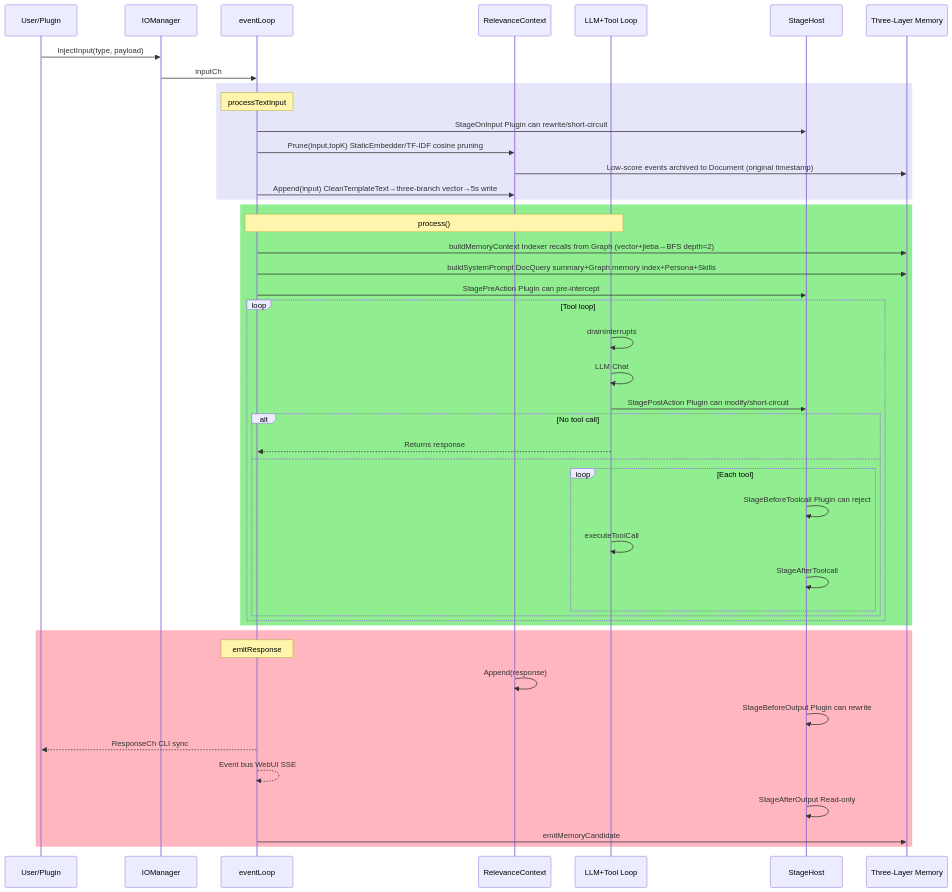
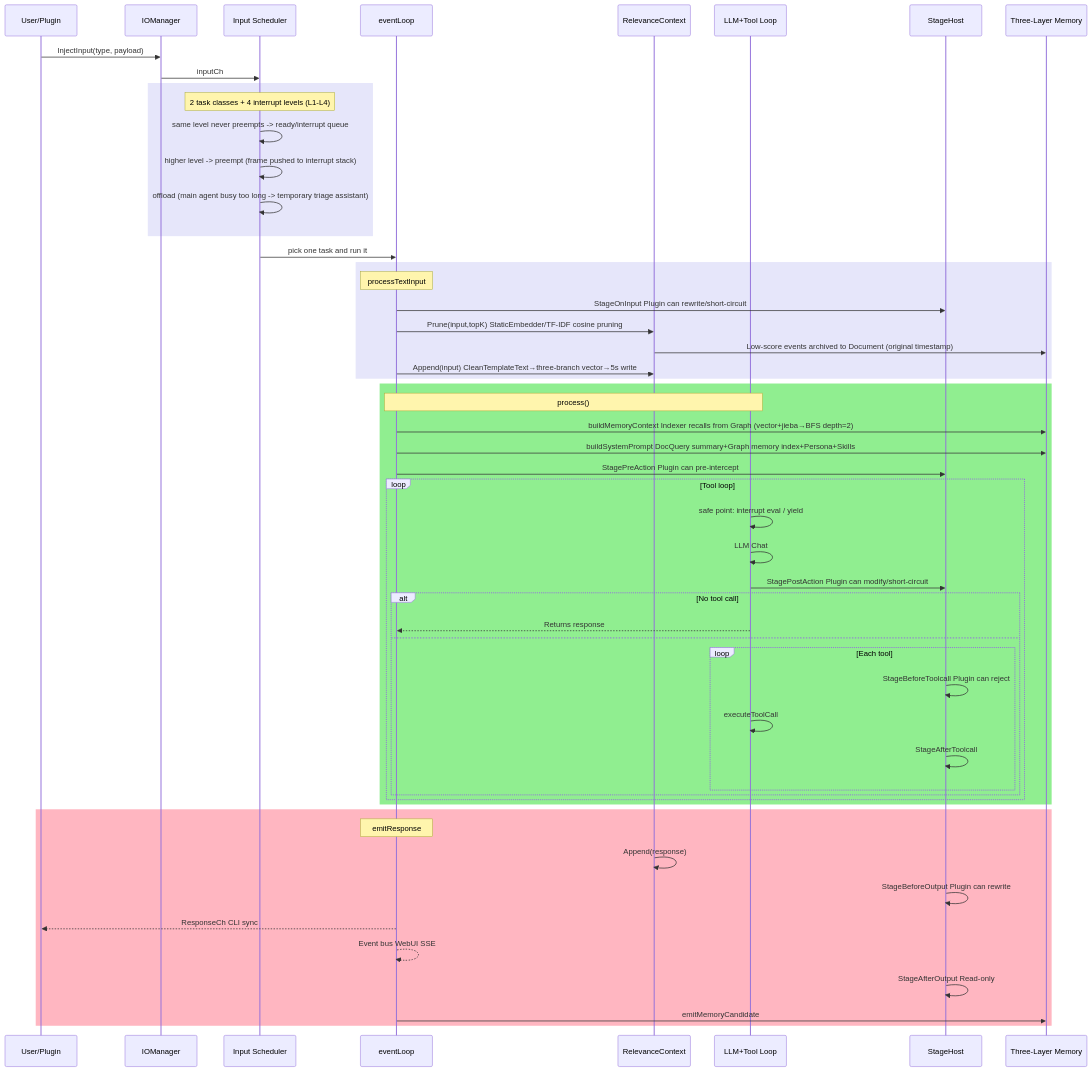
Before and after one commit to JianFeeeee/HomeAgent: the first of 3 diagrams in README_EN.md, drawn with Mermaid. The commit also changed other lines of this file and 1 other file, not shown here.

````diff
--- a/README_EN.md
+++ b/README_EN.md
@@ -39,49 +52,57 @@
 ```mermaid
 sequenceDiagram
     participant U as User/Plugin
     participant IO as IOManager
+    participant SCH as Input Scheduler
     participant EV as eventLoop
     participant CTX as RelevanceContext
     participant LLM as LLM+Tool Loop
     participant ST as StageHost
     participant MEM as Three-Layer Memory
 
     U->>IO: InjectInput(type, payload)
-    IO->>EV: inputCh
+    IO->>SCH: inputCh
+    rect lavender
+        Note over SCH: 2 task classes + 4 interrupt levels (L1-L4)
+        SCH->>SCH: same level never preempts -> ready/interrupt queue
+        SCH->>SCH: higher level -> preempt (frame pushed to interrupt stack)
+        SCH->>SCH: offload (main agent busy too long -> temporary triage assistant)
+    end
+    SCH->>EV: pick one task and run it
     rect lavender
         Note over EV: processTextInput
         EV->>ST: StageOnInput  Plugin can rewrite/short-circuit
         EV->>CTX: Prune(input,topK)  StaticEmbedder/TF-IDF cosine pruning
         CTX->>MEM: Low-score events archived to Document (original timestamp)
         EV->>CTX: Append(input)  CleanTemplateText→three-branch vector→5s write
     end
     rect lightgreen
         Note over EV,LLM: process()
         EV->>MEM: buildMemoryContext  Indexer recalls from Graph (vector+jieba→BFS depth=2)
         EV->>MEM: buildSystemPrompt  DocQuery summary+Graph memory index+Persona+Skills
         EV->>ST: StagePreAction  Plugin can pre-intercept
         loop Tool loop
-            LLM->>LLM: drainInterrupts
+            LLM->>LLM: safe point: interrupt eval / yield
             LLM->>LLM: LLM Chat
             LLM->>ST: StagePostAction  Plugin can modify/short-circuit
             alt No tool call
                 LLM-->>EV: Returns response
             else
                 loop Each tool
                     ST->>ST: StageBeforeToolcall  Plugin can reject
                     LLM->>LLM: executeToolCall
                     ST->>ST: StageAfterToolcall
                 end
             end
         end
     end
     rect lightpink
         Note over EV: emitResponse
         CTX->>CTX: Append(response)
         ST->>ST: StageBeforeOutput  Plugin can rewrite
         EV-->>U: ResponseCh CLI sync
         EV-->>EV: Event bus WebUI SSE
         ST->>ST: StageAfterOutput  Read-only
         EV->>MEM: emitMemoryCandidate
     end
 ```
````
